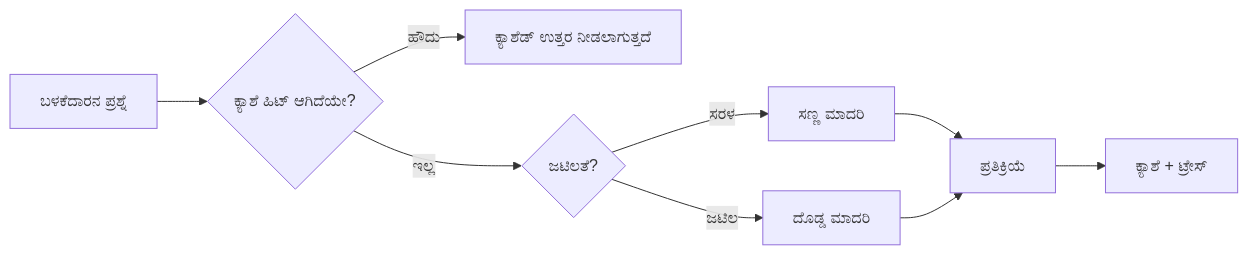
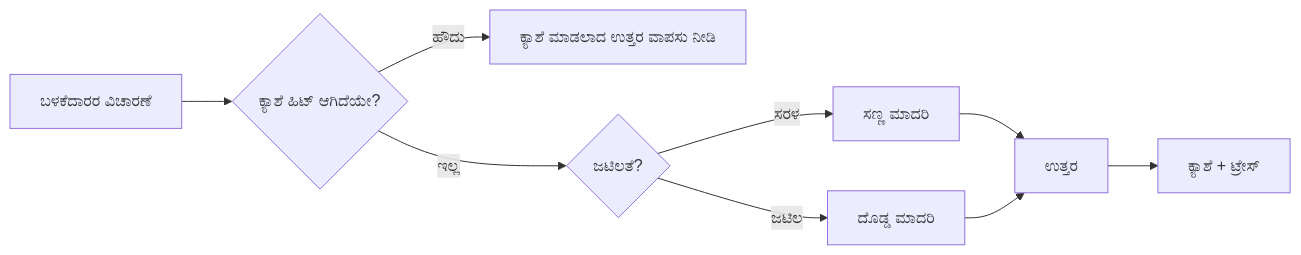
One commit to gabrielmoreira/agent-skills-mirror changed the third of 4 diagrams in mirrors/repos/microsoft@ai-agents-for-beginners/translations/kn/16-deploying-scalable-agents/README.md. Above: the diagram before and after it, drawn with Mermaid. The commit also changed other lines of this file and 3581 other files, not shown here.

````diff
--- a/mirrors/repos/microsoft@ai-agents-for-beginners/translations/kn/16-deploying-scalable-agents/README.md
+++ b/mirrors/repos/microsoft@ai-agents-for-beginners/translations/kn/16-deploying-scalable-agents/README.md
@@ -134,11 +134,11 @@
 ```mermaid
 flowchart LR
-    Q[ಬಳಕೆದಾರನ ಪ್ರಶ್ನೆ] --> C{ಕ್ಯಾಶೆ ಹಿಟ್ ಆಗಿದೆಯೇ?}
-    C -->|ಹೌದು| R[ಕ್ಯಾಶೆಡ್ ಉತ್ತರ ನೀಡಲಾಗುತ್ತದೆ]
+    Q[ಬಳಕೆದಾರರ ವಿಚಾರಣೆ] --> C{ಕ್ಯಾಶೆ ಹಿಟ್ ಆಗಿದೆಯೇ?}
+    C -->|ಹೌದು| R[ಕ್ಯಾಶೆ ಮಾಡಲಾದ ಉತ್ತರ ವಾಪಸು ನೀಡಿ]
     C -->|ಇಲ್ಲ| Router{ಜಟಿಲತೆ?}
     Router -->|ಸರಳ| SLM[ಸಣ್ಣ ಮಾದರಿ]
     Router -->|ಜಟಿಲ| LLM[ದೊಡ್ಡ ಮಾದರಿ]
-    SLM --> Out[ಪ್ರತಿಕ್ರಿಯೆ]
+    SLM --> Out[ಉತ್ತರ]
     LLM --> Out
     Out --> Store[ಕ್ಯಾಶೆ + ಟ್ರೇಸ್]
 ```
````
